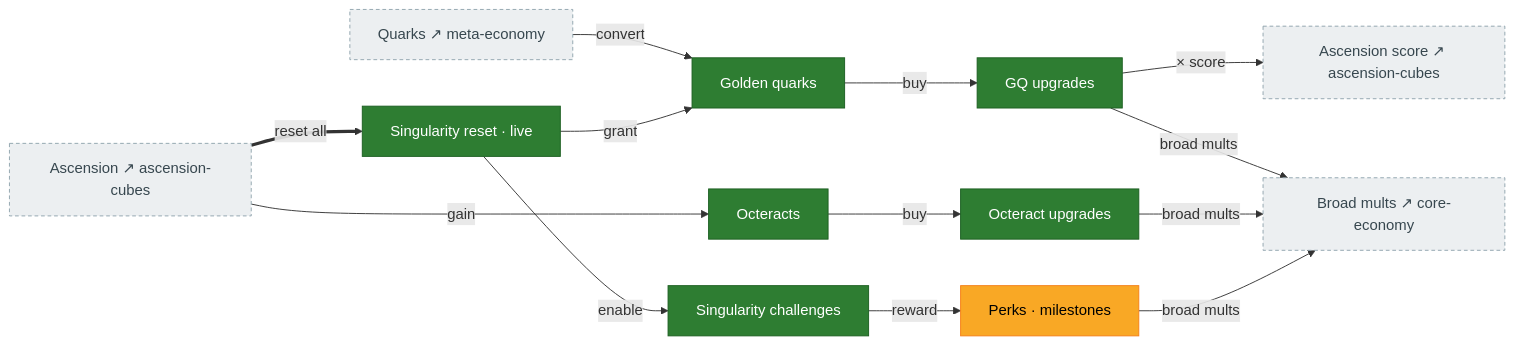
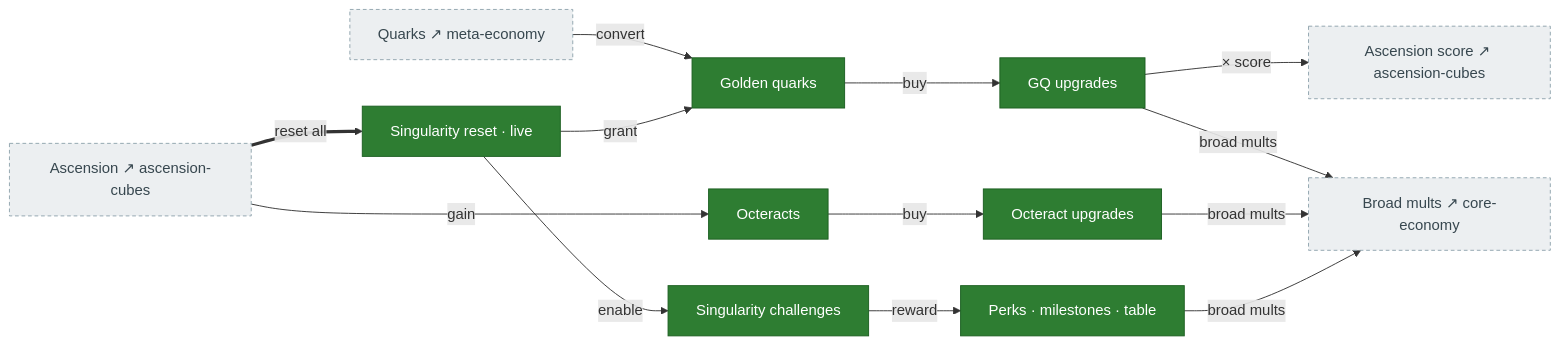
Before and after one commit to MaddisonM79/synergism_forkd: the first of 2 diagrams in docs/systems/singularity-ambrosia.md, drawn with Mermaid. The commit also changed other lines of this file and 3 other files, not shown here.

````diff
--- a/docs/systems/singularity-ambrosia.md
+++ b/docs/systems/singularity-ambrosia.md
@@ -18,33 +18,33 @@
 ```mermaid
 flowchart LR
   classDef ported fill:#2e7d32,color:#fff,stroke:#1b5e20;
   classDef partial fill:#f9a825,color:#000,stroke:#f57f17;
   classDef stub fill:#ef6c00,color:#fff,stroke:#bf360c;
   classDef ext fill:#eceff1,color:#37474f,stroke:#90a4ae,stroke-dasharray:4 3;
 
   singReset["Singularity reset · live"]:::ported
   goldenQuarks["Golden quarks"]:::ported
   gqUpg["GQ upgrades"]:::ported
   octeracts["Octeracts"]:::ported
   octUpg["Octeract upgrades"]:::ported
   singChal["Singularity challenges"]:::ported
-  singPerks["Perks · milestones"]:::partial
+  singPerks["Perks · milestones · table"]:::ported
 
   asc["Ascension ↗ ascension-cubes"]:::ext
   quarks["Quarks ↗ meta-economy"]:::ext
   score["Ascension score ↗ ascension-cubes"]:::ext
   coins["Broad mults ↗ core-economy"]:::ext
 
   asc ==>|"reset all"| singReset
   quarks -->|"convert"| goldenQuarks
   singReset -->|"grant"| goldenQuarks
   goldenQuarks -->|"buy"| gqUpg
   gqUpg -->|"× score"| score
   gqUpg -->|"broad mults"| coins
   asc -->|"gain"| octeracts
   octeracts -->|"buy"| octUpg
   octUpg -->|"broad mults"| coins
   singReset -->|"enable"| singChal
   singChal -->|"reward"| singPerks
   singPerks -->|"broad mults"| coins
 ```
````
